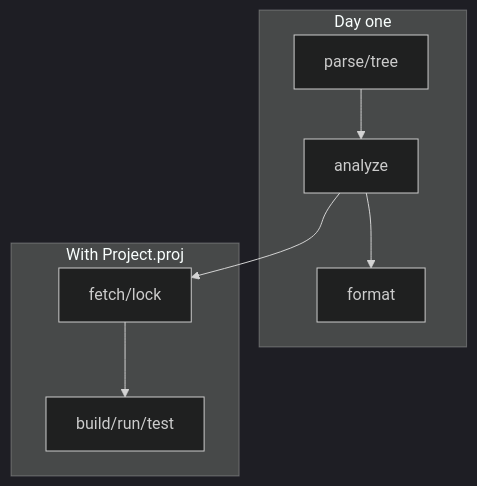
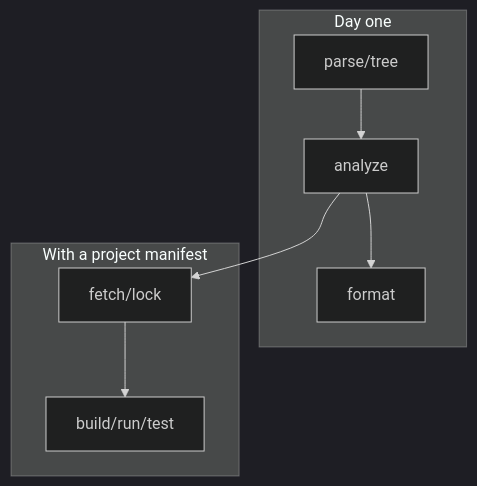
The diagram in beskid_sites/apps/website/src/content/book/02-path-not-found-tooling-anyway/cli-tour.md (Cyber-Nomad-Collective/beskid), drawn with Mermaid (dark theme) before and after one commit. The commit also changed other lines of this file and 116 other files, not shown here.

````diff
--- a/beskid_sites/apps/website/src/content/book/02-path-not-found-tooling-anyway/cli-tour.md
+++ b/beskid_sites/apps/website/src/content/book/02-path-not-found-tooling-anyway/cli-tour.md
@@ -32,11 +34,11 @@
 ```mermaid
 flowchart TD
   subgraph day1 [Day one]
     P[parse/tree] --> A[analyze]
     A --> F[format]
   end
-  subgraph project [With Project.proj]
+  subgraph project [With a project manifest]
     A --> Fetch[fetch/lock]
     Fetch --> B[build/run/test]
   end
 ```
````
